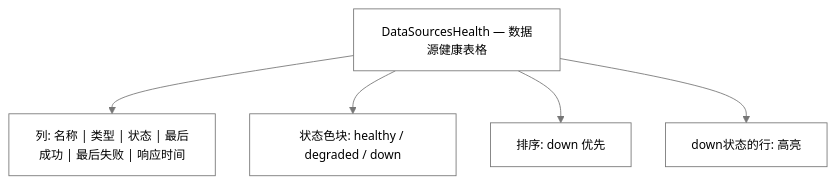
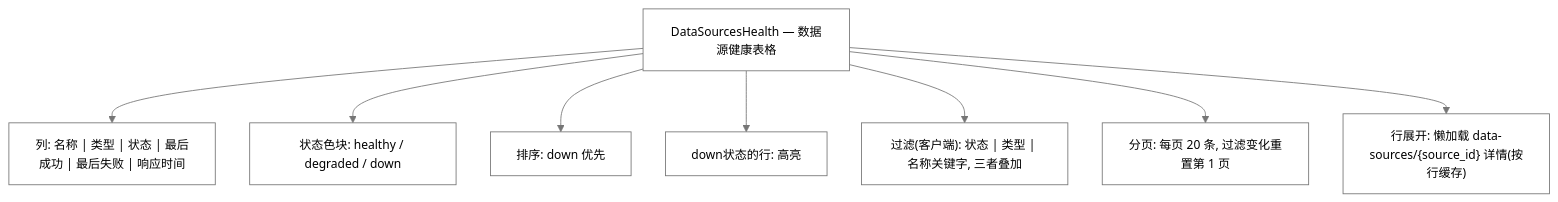
One commit to onceme/instantboard changed the first of 3 diagrams in docs/dev-guide/design/dashboard-tab.md. Above: the diagram before and after it, drawn with Mermaid. The commit also changed other lines of this file and 4 other files, not shown here.

Commit message:
feat: data source table filtering, pagination and detail expansion

````diff
--- a/docs/dev-guide/design/dashboard-tab.md
+++ b/docs/dev-guide/design/dashboard-tab.md
@@ -68,9 +68,12 @@
 ```mermaid
 %%{init: {"theme": "base", "themeVariables": {"primaryColor": "#ffffff", "primaryTextColor": "#000000", "primaryBorderColor": "#767676", "lineColor": "#767676", "arrowheadColor": "#767676", "secondaryColor": "#ffffff", "secondaryTextColor": "#000000", "secondaryBorderColor": "#767676", "tertiaryColor": "#ffffff", "tertiaryTextColor": "#000000", "tertiaryBorderColor": "#767676", "edgeLabelBackground": "#ffffff", "textColor": "#000000", "nodeTextColor": "#000000", "mainBkg": "#ffffff", "nodeBorder": "#767676", "clusterBkg": "#ffffff", "clusterBdr": "#767676", "clusterTextColor": "#000000", "titleColor": "#000000", "fontSize": "14px"}, "flowchart": {"nodeSpacing": 40, "rankSpacing": 50, "wrappingWidth": 180, "useMaxWidth": true}}}%%
 graph TD
   DSH["DataSourcesHealth — 数据源健康表格"]
   DSH --> Columns["列: 名称 | 类型 | 状态 | 最后成功 | 最后失败 | 响应时间"]
   DSH --> StatusColors["状态色块: healthy / degraded / down"]
   DSH --> Sort["排序: down 优先"]
   DSH --> DownHL["down状态的行: 高亮"]
+  DSH --> Filters["过滤(客户端): 状态 | 类型 | 名称关键字, 三者叠加"]
+  DSH --> Pager["分页: 每页 20 条, 过滤变化重置第 1 页"]
+  DSH --> Expand["行展开: 懒加载 data-sources/{source_id} 详情(按行缓存)"]
 ```
````
